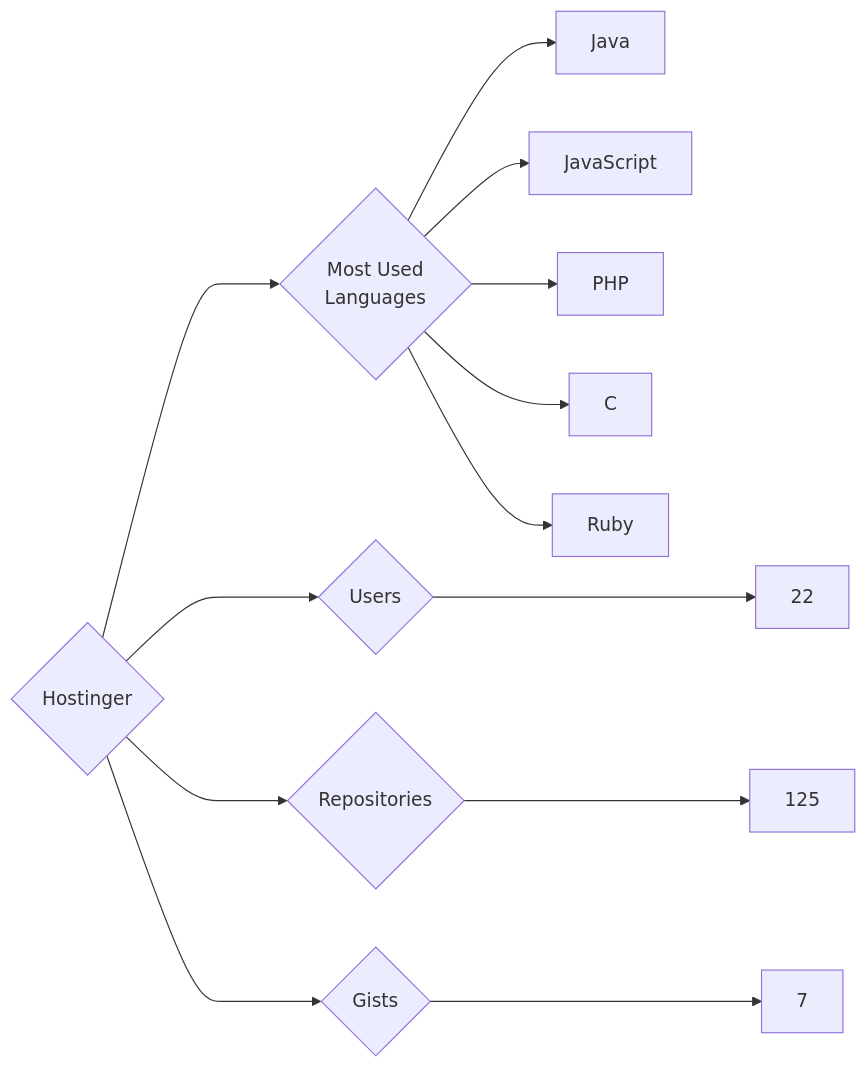
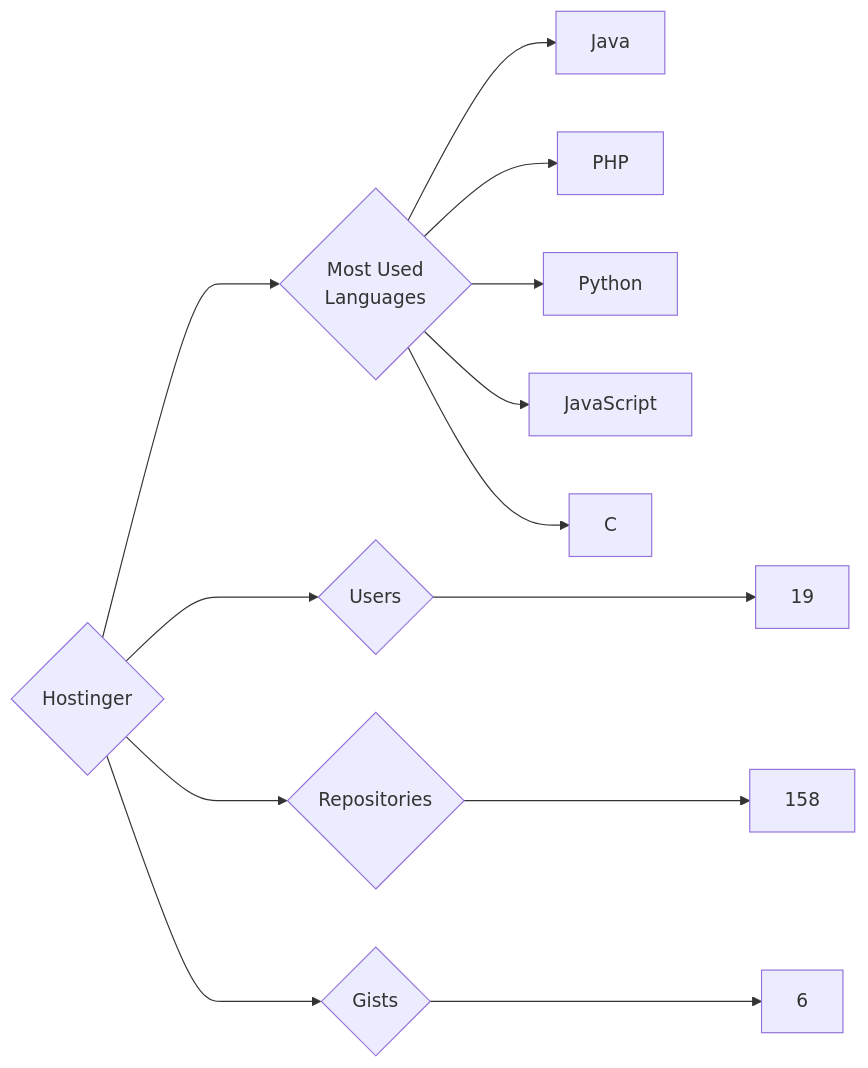
One commit to trickest/insiders changed the diagram in targets/Hostinger/README.md. Above: the diagram before and after it, drawn with Mermaid. The commit also changed 925 other files, not shown here.

````diff
--- a/targets/Hostinger/README.md
+++ b/targets/Hostinger/README.md
@@ -3,13 +3,13 @@
 ```mermaid
 graph LR
 COMPANY_NAME{Hostinger}
-COMPANY_NAME ---> U{Users} ---> UN[22]
-COMPANY_NAME ---> R{Repositories} ---> RN[125]
-COMPANY_NAME ---> G{Gists} ---> GN[7]
+COMPANY_NAME ---> U{Users} ---> UN[19]
+COMPANY_NAME ---> R{Repositories} ---> RN[158]
+COMPANY_NAME ---> G{Gists} ---> GN[6]
 COMPANY_NAME ---> ML{Most Used<br>Languages}
 ML --> Java[Java]
+ML --> PHP[PHP]
+ML --> Python[Python]
 ML --> JavaScript[JavaScript]
-ML --> PHP[PHP]
 ML --> C[C]
-ML --> Ruby[Ruby]
 ```
````
